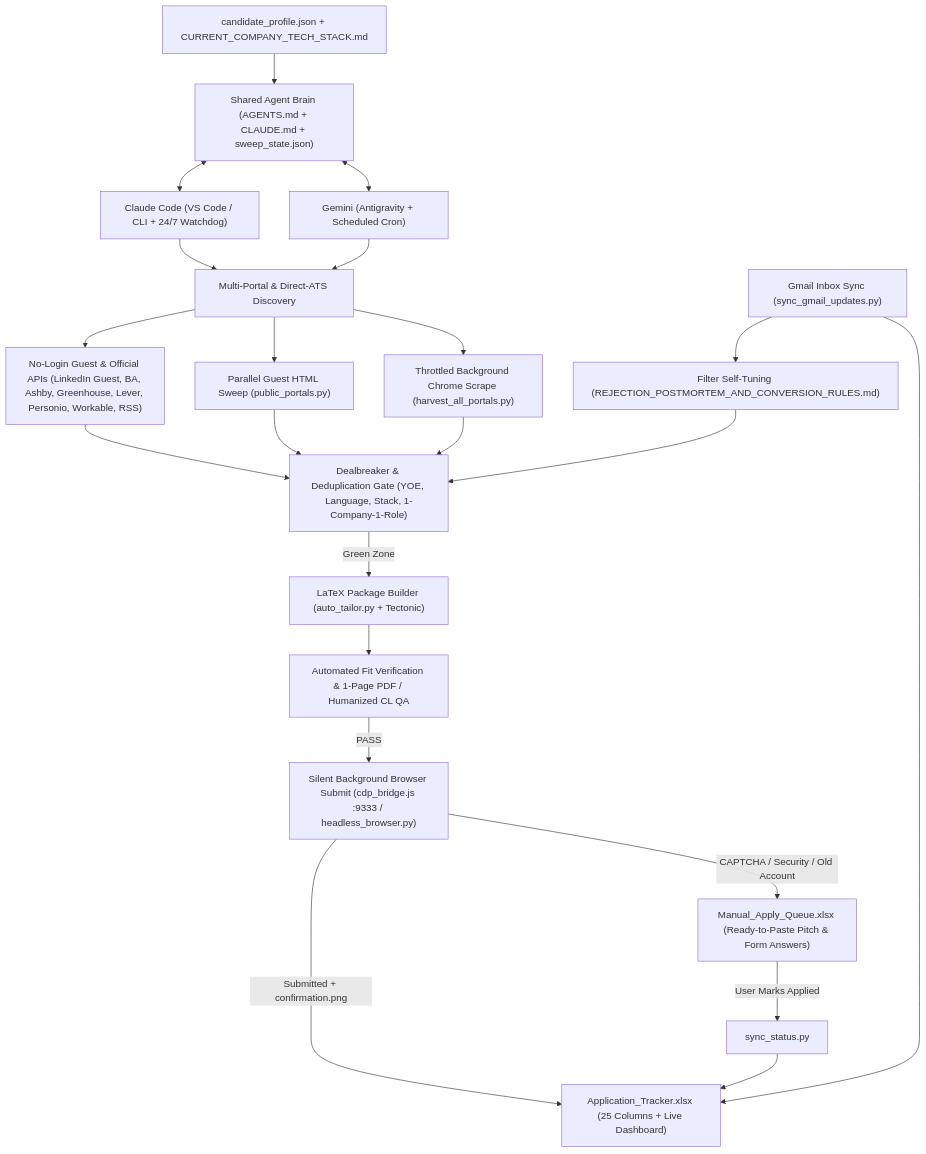
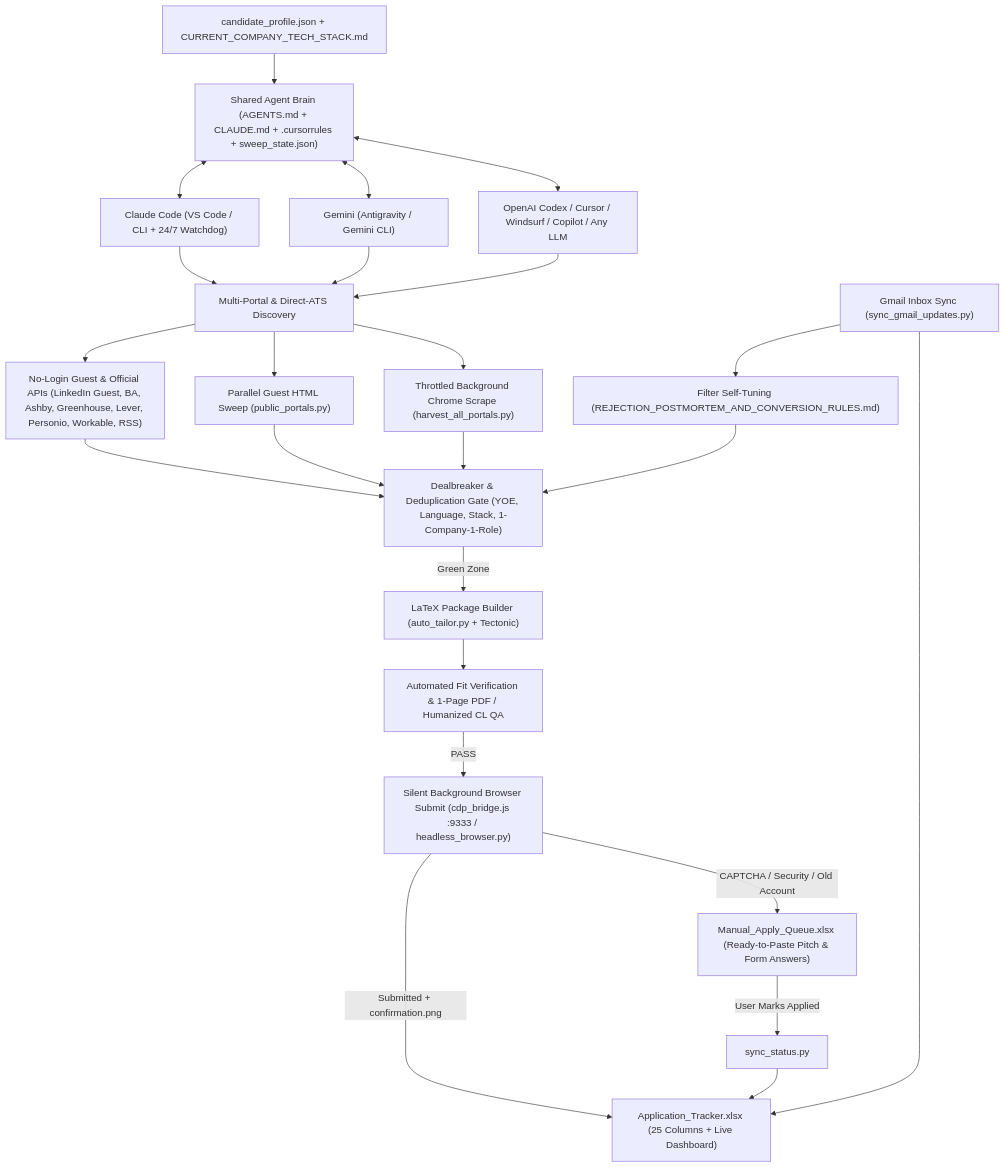
Before and after one commit to Hithesh18/jobpilot-ai: the diagram in README.md, drawn with Mermaid. The commit also changed other lines of this file and 1 other file, not shown here.

Commit message:
docs: add .cursorrules and document support for Codex, Cursor, and any agentic LLM

````diff
--- a/README.md
+++ b/README.md
@@ -38,30 +38,32 @@
 ```mermaid
 flowchart TD
-    Profile["candidate_profile.json + CURRENT_COMPANY_TECH_STACK.md"] --> Brain["Shared Agent Brain (AGENTS.md + CLAUDE.md + sweep_state.json)"]
+    Profile["candidate_profile.json + CURRENT_COMPANY_TECH_STACK.md"] --> Brain["Shared Agent Brain (AGENTS.md + CLAUDE.md + .cursorrules + sweep_state.json)"]
     Brain <--> Claude["Claude Code (VS Code / CLI + 24/7 Watchdog)"]
-    Brain <--> Gemini["Gemini (Antigravity + Scheduled Cron)"]
+    Brain <--> Gemini["Gemini (Antigravity / Gemini CLI)"]
+    Brain <--> OtherLLMs["OpenAI Codex / Cursor / Windsurf / Copilot / Any LLM"]
 
     Claude --> Discovery["Multi-Portal & Direct-ATS Discovery"]
     Gemini --> Discovery
+    OtherLLMs --> Discovery
 
     Discovery --> GuestAPIs["No-Login Guest & Official APIs (LinkedIn Guest, BA, Ashby, Greenhouse, Lever, Personio, Workable, RSS)"]
     Discovery --> PublicSweep["Parallel Guest HTML Sweep (public_portals.py)"]
     Discovery --> CDPHarvest["Throttled Background Chrome Scrape (harvest_all_portals.py)"]
 
     GuestAPIs --> Filter["Dealbreaker & Deduplication Gate (YOE, Language, Stack, 1-Company-1-Role)"]
     PublicSweep --> Filter
     CDPHarvest --> Filter
 
     Filter -->|"Green Zone"| Tailor["LaTeX Package Builder (auto_tailor.py + Tectonic)"]
     Tailor --> QAGate["Automated Fit Verification & 1-Page PDF / Humanized CL QA"]
 
     QAGate -->|"PASS"| Submit["Silent Background Browser Submit (cdp_bridge.js :9333 / headless_browser.py)"]
     Submit -->|"Submitted + confirmation.png"| MainTracker["Application_Tracker.xlsx (25 Columns + Live Dashboard)"]
     Submit -->|"CAPTCHA / Security / Old Account"| ManualQueue["Manual_Apply_Queue.xlsx (Ready-to-Paste Pitch & Form Answers)"]
 
     ManualQueue -->|"User Marks Applied"| Sync["sync_status.py"]
     Sync --> MainTracker
     Gmail["Gmail Inbox Sync (sync_gmail_updates.py)"] --> MainTracker
     Gmail --> Postmortem["Filter Self-Tuning (REJECTION_POSTMORTEM_AND_CONVERSION_RULES.md)"]
     Postmortem --> Filter
 ```
````
